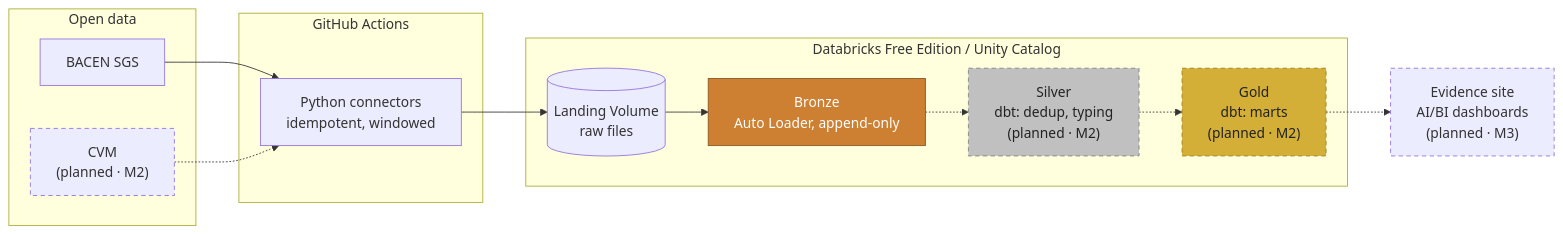
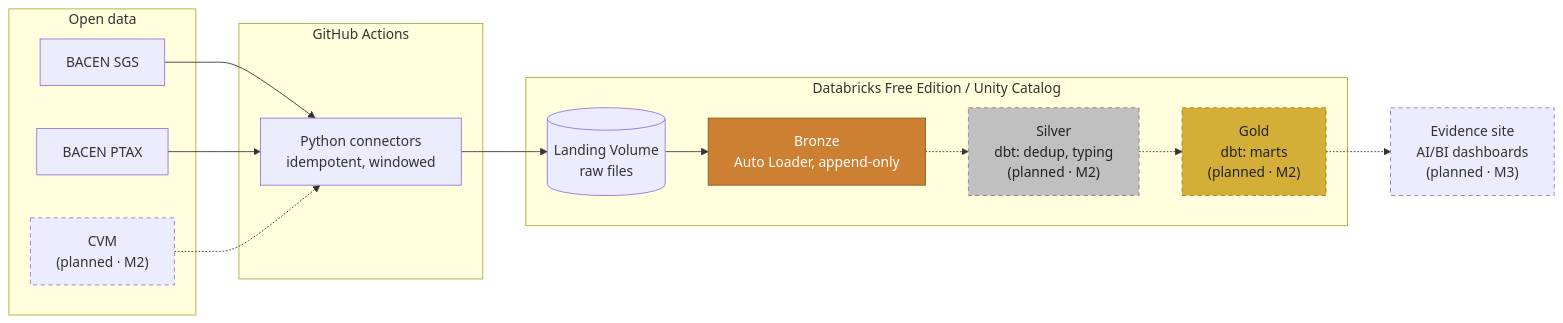
Before and after one commit to marcus-brandao/brazil-finance-lakehouse: the diagram in README.md, drawn with Mermaid. The commit also changed other lines of this file and 20 other files, not shown here.

````diff
--- a/README.md
+++ b/README.md
@@ -29,34 +30,36 @@
 ```mermaid
 flowchart LR
     subgraph src[Open data]
         sgs[BACEN SGS]
+        ptax[BACEN PTAX]
         cvm["CVM<br/>(planned · M2)"]
     end
 
     subgraph gha[GitHub Actions]
         conn[Python connectors<br/>idempotent, windowed]
     end
 
     subgraph dbx[Databricks Free Edition / Unity Catalog]
         vol[(Landing Volume<br/>raw files)]
         bronze[Bronze<br/>Auto Loader, append-only]
         silver["Silver<br/>dbt: dedup, typing<br/>(planned · M2)"]
         gold["Gold<br/>dbt: marts<br/>(planned · M2)"]
     end
 
     bi["Evidence site<br/>AI/BI dashboards<br/>(planned · M3)"]
 
     sgs --> conn
+    ptax --> conn
     cvm -.-> conn
     conn --> vol --> bronze
     bronze -.-> silver -.-> gold -.-> bi
 
     classDef bronzeC fill:#cd7f32,stroke:#8a5522,color:#fff
     classDef silverC fill:#c0c0c0,stroke:#808080,color:#222,stroke-dasharray:5 4
     classDef goldC fill:#d4af37,stroke:#9c7f1f,color:#222,stroke-dasharray:5 4
     classDef planned stroke-dasharray:5 4
     class bronze bronzeC
     class silver silverC
     class gold goldC
     class cvm,bi planned
 ```
````
